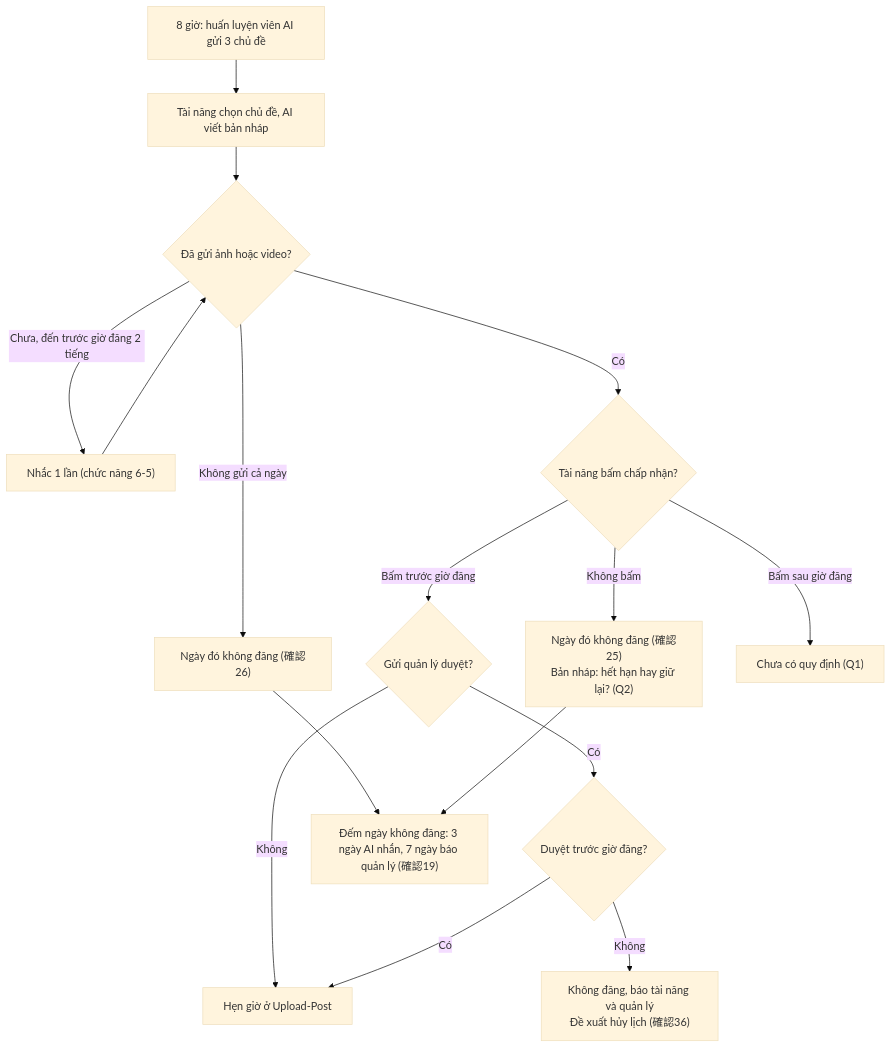
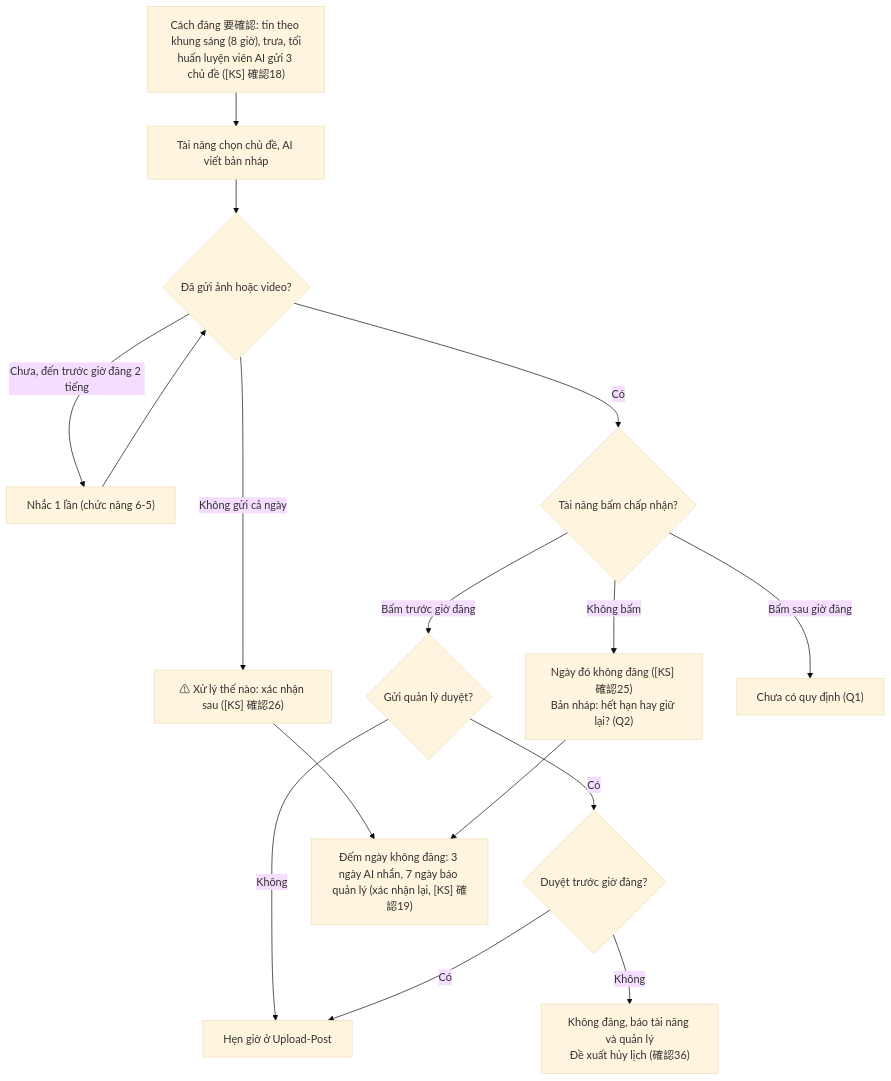
Before and after one commit to hailt-amcolab/ai_talent_os_docs: the diagram in Phan_tich/13_Qua_gio_dang_chua_chap_nhan.md, drawn with Mermaid (base theme). The commit also changed other lines of this file and 188 other files, not shown here.

````diff
--- a/Phan_tich/13_Qua_gio_dang_chua_chap_nhan.md
+++ b/Phan_tich/13_Qua_gio_dang_chua_chap_nhan.md
@@ -55,18 +48,18 @@
 ```mermaid
 flowchart TD
-    A["8 giờ: huấn luyện viên AI gửi 3 chủ đề"] --> B["Tài năng chọn chủ đề, AI viết bản nháp"]
+    A["Cách đăng 要確認: tin theo khung sáng (8 giờ), trưa, tối<br/>huấn luyện viên AI gửi 3 chủ đề ([KS] 確認18)"] --> B["Tài năng chọn chủ đề, AI viết bản nháp"]
     B --> C{"Đã gửi ảnh hoặc video?"}
     C -- "Chưa, đến trước giờ đăng 2 tiếng" --> D["Nhắc 1 lần (chức năng 6-5)"]
     D --> C
     C -- "Có" --> E{"Tài năng bấm chấp nhận?"}
-    C -- "Không gửi cả ngày" --> X["Ngày đó không đăng (確認26)"]
-    E -- "Không bấm" --> Y["Ngày đó không đăng (確認25)<br/>Bản nháp: hết hạn hay giữ lại? (Q2)"]
+    C -- "Không gửi cả ngày" --> X["⚠ Xử lý thế nào: xác nhận sau ([KS] 確認26)"]
+    E -- "Không bấm" --> Y["Ngày đó không đăng ([KS] 確認25)<br/>Bản nháp: hết hạn hay giữ lại? (Q2)"]
     E -- "Bấm trước giờ đăng" --> F{"Gửi quản lý duyệt?"}
     E -- "Bấm sau giờ đăng" --> Q["Chưa có quy định (Q1)"]
     F -- "Không" --> G["Hẹn giờ ở Upload-Post"]
     F -- "Có" --> H{"Duyệt trước giờ đăng?"}
     H -- "Có" --> G
     H -- "Không" --> Z["Không đăng, báo tài năng và quản lý<br/>Đề xuất hủy lịch (確認36)"]
-    X --> N["Đếm ngày không đăng: 3 ngày AI nhắn, 7 ngày báo quản lý (確認19)"]
+    X --> N["Đếm ngày không đăng: 3 ngày AI nhắn, 7 ngày báo quản lý (xác nhận lại, [KS] 確認19)"]
     Y --> N
 ```
````
